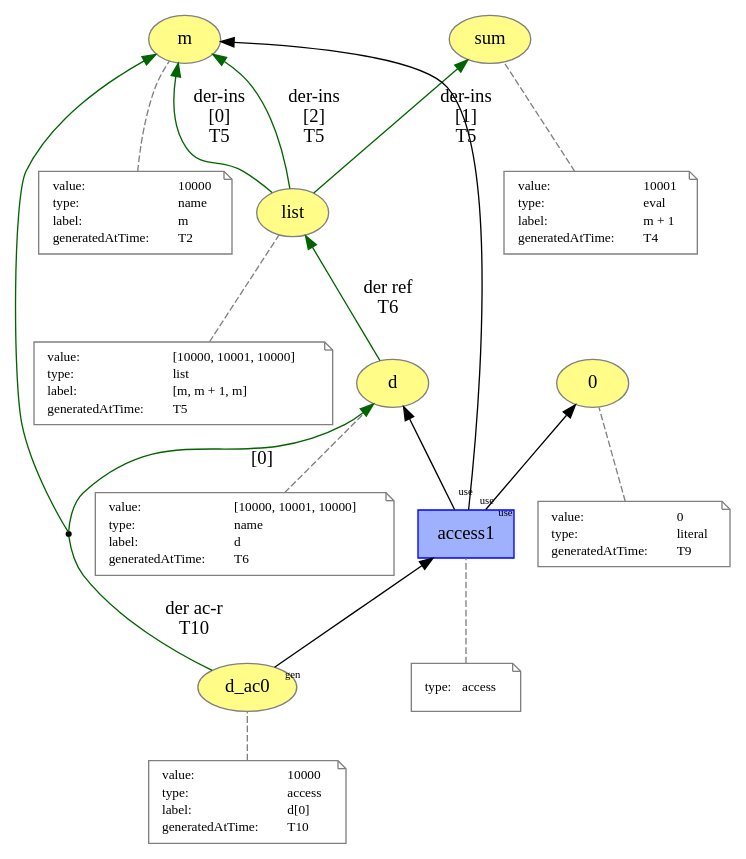
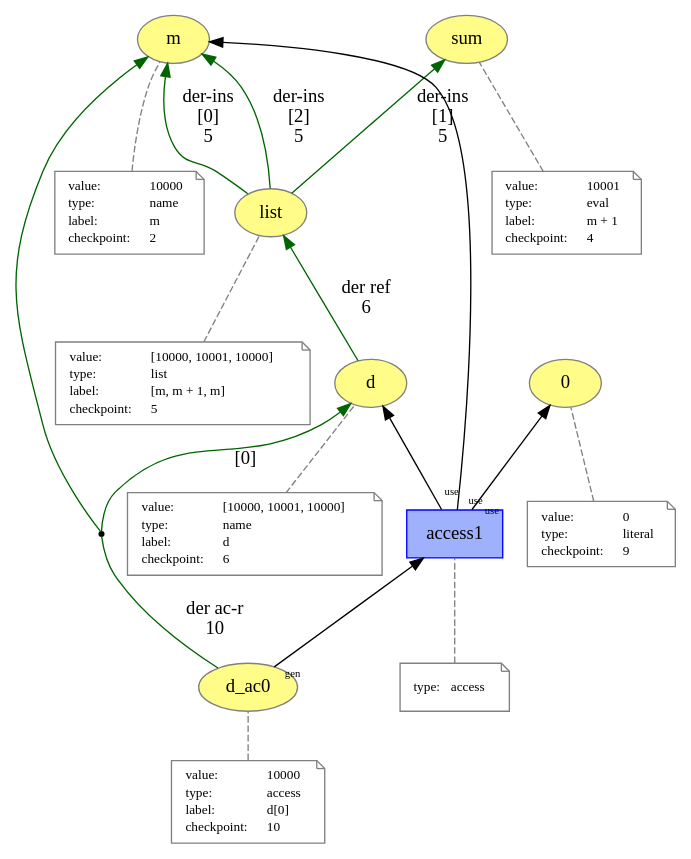
Before and after one commit to dew-uff/versioned-prov: the diagram in images/versioned_prov/access.dot, drawn with Graphviz. The commit also changed 1625 other files, not shown here.

```diff
--- a/images/versioned_prov/access.dot
+++ b/images/versioned_prov/access.dot
@@ -1,146 +1,146 @@
 digraph "PROV" { size="16,12"; rankdir="BT";
 "http://example.org/m" [fillcolor="#FFFC87",color="#808080",style="filled",label="m",URL="http://example.org/m"]
 "-attrs0" [color="gray",shape="note",fontsize="10",fontcolor="black",label=<<TABLE cellpadding="0" border="0">
 	<TR>
 	    <TD align="left">value:</TD>
 	    <TD align="left">10000</TD>
 	</TR>
 	<TR>
 	    <TD align="left">type:</TD>
 	    <TD align="left">name</TD>
 	</TR>
 	<TR>
 	    <TD align="left">label:</TD>
 	    <TD align="left">m</TD>
 	</TR>
 	<TR>
-	    <TD align="left">generatedAtTime:</TD>
-	    <TD align="left">T2</TD>
+	    <TD align="left">checkpoint:</TD>
+	    <TD align="left">2</TD>
 	</TR>
 </TABLE>>]
 "-attrs0" -> "http://example.org/m" [color="gray",style="dashed",arrowhead="none"]
 "http://example.org/sum" [fillcolor="#FFFC87",color="#808080",style="filled",label="sum",URL="http://example.org/sum"]
 "-attrs1" [color="gray",shape="note",fontsize="10",fontcolor="black",label=<<TABLE cellpadding="0" border="0">
 	<TR>
 	    <TD align="left">value:</TD>
 	    <TD align="left">10001</TD>
 	</TR>
 	<TR>
 	    <TD align="left">type:</TD>
 	    <TD align="left">eval</TD>
 	</TR>
 	<TR>
 	    <TD align="left">label:</TD>
 	    <TD align="left">m + 1</TD>
 	</TR>
 	<TR>
-	    <TD align="left">generatedAtTime:</TD>
-	    <TD align="left">T4</TD>
+	    <TD align="left">checkpoint:</TD>
+	    <TD align="left">4</TD>
 	</TR>
 </TABLE>>]
 "-attrs1" -> "http://example.org/sum" [color="gray",style="dashed",arrowhead="none"]
 "http://example.org/list" [fillcolor="#FFFC87",color="#808080",style="filled",label="list",URL="http://example.org/list"]
 "-attrs2" [color="gray",shape="note",fontsize="10",fontcolor="black",label=<<TABLE cellpadding="0" border="0">
 	<TR>
 	    <TD align="left">value:</TD>
 	    <TD align="left">[10000, 10001, 10000]</TD>
 	</TR>
 	<TR>
 	    <TD align="left">type:</TD>
 	    <TD align="left">list</TD>
 	</TR>
 	<TR>
 	    <TD align="left">label:</TD>
 	    <TD align="left">[m, m + 1, m]</TD>
 	</TR>
 	<TR>
-	    <TD align="left">generatedAtTime:</TD>
-	    <TD align="left">T5</TD>
+	    <TD align="left">checkpoint:</TD>
+	    <TD align="left">5</TD>
 	</TR>
 </TABLE>>]
 "-attrs2" -> "http://example.org/list" [color="gray",style="dashed",arrowhead="none"]
 "http://example.org/list" -> "http://example.org/m" [labelfontsize="8",labeldistance="1.5",color="darkgreen",labelangle="60.0",rotation="20",label="der-ins
 [0]
-T5"]
+5"]
 "http://example.org/list" -> "http://example.org/sum" [labelfontsize="8",labeldistance="1.5",color="darkgreen",labelangle="60.0",rotation="20",label="der-ins
 [1]
-T5"]
+5"]
 "http://example.org/list" -> "http://example.org/m" [labelfontsize="8",labeldistance="1.5",color="darkgreen",labelangle="60.0",rotation="20",label="der-ins
 [2]
-T5"]
+5"]
 "http://example.org/d" [fillcolor="#FFFC87",color="#808080",style="filled",label="d",URL="http://example.org/d"]
 "-attrs3" [color="gray",shape="note",fontsize="10",fontcolor="black",label=<<TABLE cellpadding="0" border="0">
 	<TR>
 	    <TD align="left">value:</TD>
 	    <TD align="left">[10000, 10001, 10000]</TD>
 	</TR>
 	<TR>
 	    <TD align="left">type:</TD>
 	    <TD align="left">name</TD>
 	</TR>
 	<TR>
 	    <TD align="left">label:</TD>
 	    <TD align="left">d</TD>
 	</TR>
 	<TR>
-	    <TD align="left">generatedAtTime:</TD>
-	    <TD align="left">T6</TD>
+	    <TD align="left">checkpoint:</TD>
+	    <TD align="left">6</TD>
 	</TR>
 </TABLE>>]
 "-attrs3" -> "http://example.org/d" [color="gray",style="dashed",arrowhead="none"]
 "http://example.org/d" -> "http://example.org/list" [labelfontsize="8",labeldistance="1.5",color="darkgreen",labelangle="60.0",rotation="20",label="der ref
-T6"]
+6"]
 "http://example.org/0" [fillcolor="#FFFC87",color="#808080",style="filled",label="0",URL="http://example.org/0"]
 "-attrs4" [color="gray",shape="note",fontsize="10",fontcolor="black",label=<<TABLE cellpadding="0" border="0">
 	<TR>
 	    <TD align="left">value:</TD>
 	    <TD align="left">0</TD>
 	</TR>
 	<TR>
 	    <TD align="left">type:</TD>
 	    <TD align="left">literal</TD>
 	</TR>
 	<TR>
-	    <TD align="left">generatedAtTime:</TD>
-	    <TD align="left">T9</TD>
+	    <TD align="left">checkpoint:</TD>
+	    <TD align="left">9</TD>
 	</TR>
 </TABLE>>]
 "-attrs4" -> "http://example.org/0" [color="gray",style="dashed",arrowhead="none"]
 "http://example.org/d_ac0" [fillcolor="#FFFC87",color="#808080",style="filled",label="d_ac0",URL="http://example.org/d_ac0"]
 "-attrs5" [color="gray",shape="note",fontsize="10",fontcolor="black",label=<<TABLE cellpadding="0" border="0">
 	<TR>
 	    <TD align="left">value:</TD>
 	    <TD align="left">10000</TD>
 	</TR>
 	<TR>
 	    <TD align="left">type:</TD>
 	    <TD align="left">access</TD>
 	</TR>
 	<TR>
 	    <TD align="left">label:</TD>
 	    <TD align="left">d[0]</TD>
 	</TR>
 	<TR>
-	    <TD align="left">generatedAtTime:</TD>
-	    <TD align="left">T10</TD>
+	    <TD align="left">checkpoint:</TD>
+	    <TD align="left">10</TD>
 	</TR>
 </TABLE>>]
 "-attrs5" -> "http://example.org/d_ac0" [color="gray",style="dashed",arrowhead="none"]
 "http://example.org/access1" [fillcolor="#9FB1FC",color="#0000FF",shape="polygon",sides="4",style="filled",label="access1",URL="http://example.org/access1"]
 "-attrs6" [color="gray",shape="note",fontsize="10",fontcolor="black",label=<<TABLE cellpadding="0" border="0">
 	<TR>
 	    <TD align="left">type:</TD>
 	    <TD align="left">access</TD>
 	</TR>
 </TABLE>>]
 "-attrs6" -> "http://example.org/access1" [color="gray",style="dashed",arrowhead="none"]
 "http://example.org/access1" -> "http://example.org/d" [labelfontsize="8",labeldistance="1.5",labelangle="60.0",rotation="20",taillabel="use"]
 "http://example.org/access1" -> "http://example.org/0" [labelfontsize="8",labeldistance="1.5",labelangle="60.0",rotation="20",taillabel="use"]
+"bn0" [shape="point",label=""]
+"http://example.org/d_ac0" -> "bn0" [labelfontsize="8",labeldistance="1.5",color="darkgreen",labelangle="60.0",rotation="20",label="der ac-r
+10",arrowhead="none"]
+"bn0" -> "http://example.org/d" [labelfontsize="8",labeldistance="1.5",color="darkgreen",labelangle="60.0",rotation="20",label="[0]"]
+"bn0" -> "http://example.org/m" [color="darkgreen"]
 "http://example.org/access1" -> "http://example.org/m" [labelfontsize="8",labeldistance="1.5",labelangle="60.0",rotation="20",taillabel="use"]
 "http://example.org/d_ac0" -> "http://example.org/access1" [labelfontsize="8",labeldistance="1.5",labelangle="60.0",rotation="20",taillabel="gen"]
-"bn0" [shape="point",label=""]
-"http://example.org/d_ac0" -> "bn0" [labelfontsize="8",labeldistance="1.5",color="darkgreen",labelangle="60.0",rotation="20",label="der ac-r
-T10",arrowhead="none"]
-"bn0" -> "http://example.org/d" [labelfontsize="8",labeldistance="1.5",color="darkgreen",labelangle="60.0",rotation="20",label="[0]"]
-"bn0" -> "http://example.org/m" [color="darkgreen"]
 }
```
